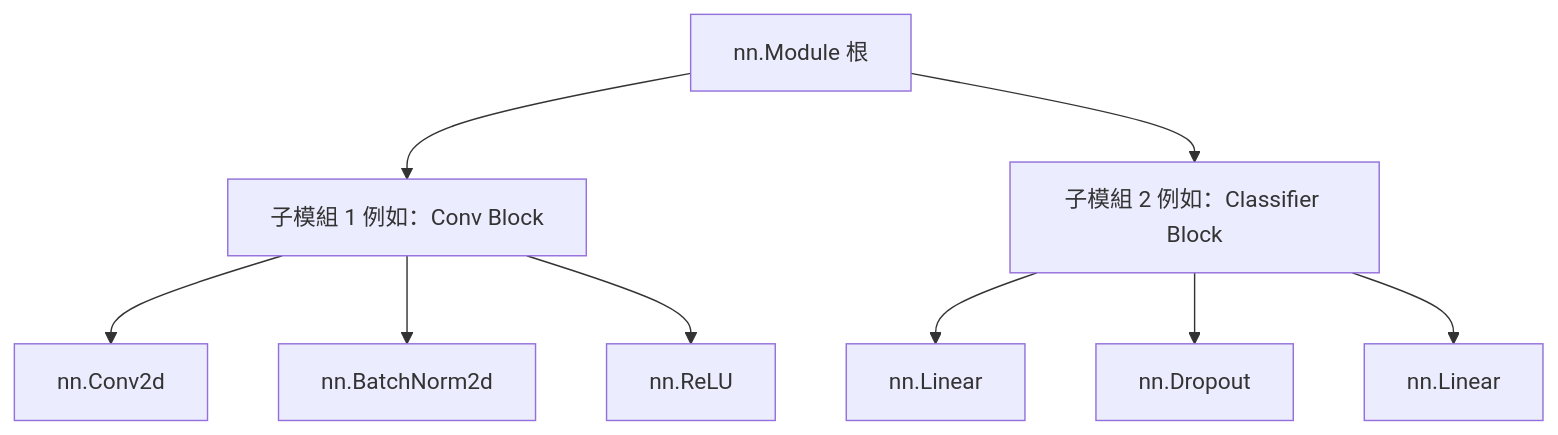
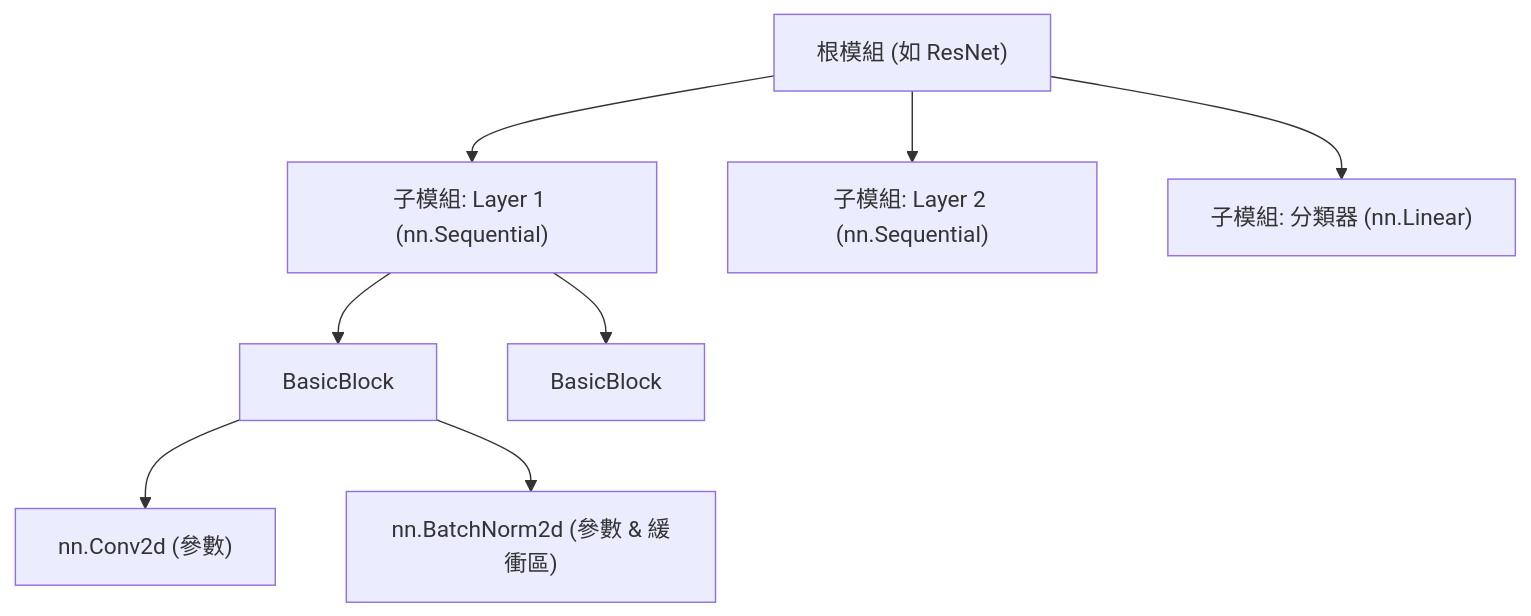
One commit to Linshu-Song/knowledge-base changed the diagram in i18n/zh-HK/docusaurus-plugin-content-docs/current/deep-learning/pytorch-tutorial/02-core-components/02-models/01-nn-module.mdx. Above: the diagram before and after it, drawn with Mermaid. The commit also changed other lines of this file and 37 other files, not shown here.

````diff
--- a/i18n/zh-HK/docusaurus-plugin-content-docs/current/deep-learning/pytorch-tutorial/02-core-components/02-models/01-nn-module.mdx
+++ b/i18n/zh-HK/docusaurus-plugin-content-docs/current/deep-learning/pytorch-tutorial/02-core-components/02-models/01-nn-module.mdx
@@ -82,13 +26,12 @@
 ```mermaid
 graph TD
-    A[nn.Module 根] --> B[子模組 1 例如：Conv Block]
-    A --> C[子模組 2 例如：Classifier Block]
+    Root["根模組 (如 ResNet)"] --> Sub1["子模組: Layer 1 (nn.Sequential)"]
+    Root --> Sub2["子模組: Layer 2 (nn.Sequential)"]
+    Root --> FC["子模組: 分類器 (nn.Linear)"]
     
-    B --> B1[nn.Conv2d]
-    B --> B2[nn.BatchNorm2d]
-    B --> B3[nn.ReLU]
+    Sub1 --> Block1["BasicBlock"]
+    Sub1 --> Block2["BasicBlock"]
     
-    C --> C1[nn.Linear]
-    C --> C2[nn.Dropout]
-    C --> C3[nn.Linear]
+    Block1 --> Conv["nn.Conv2d (參數)"]
+    Block1 --> BN["nn.BatchNorm2d (參數 & 緩衝區)"]
 ```
````
